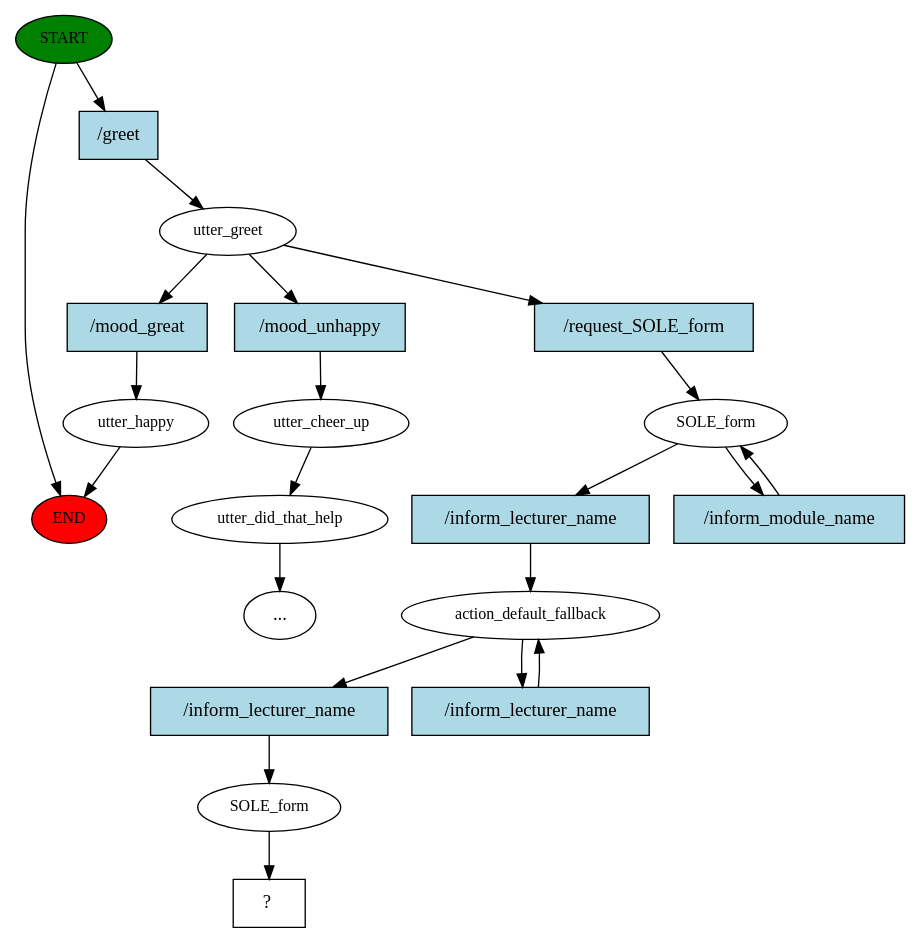
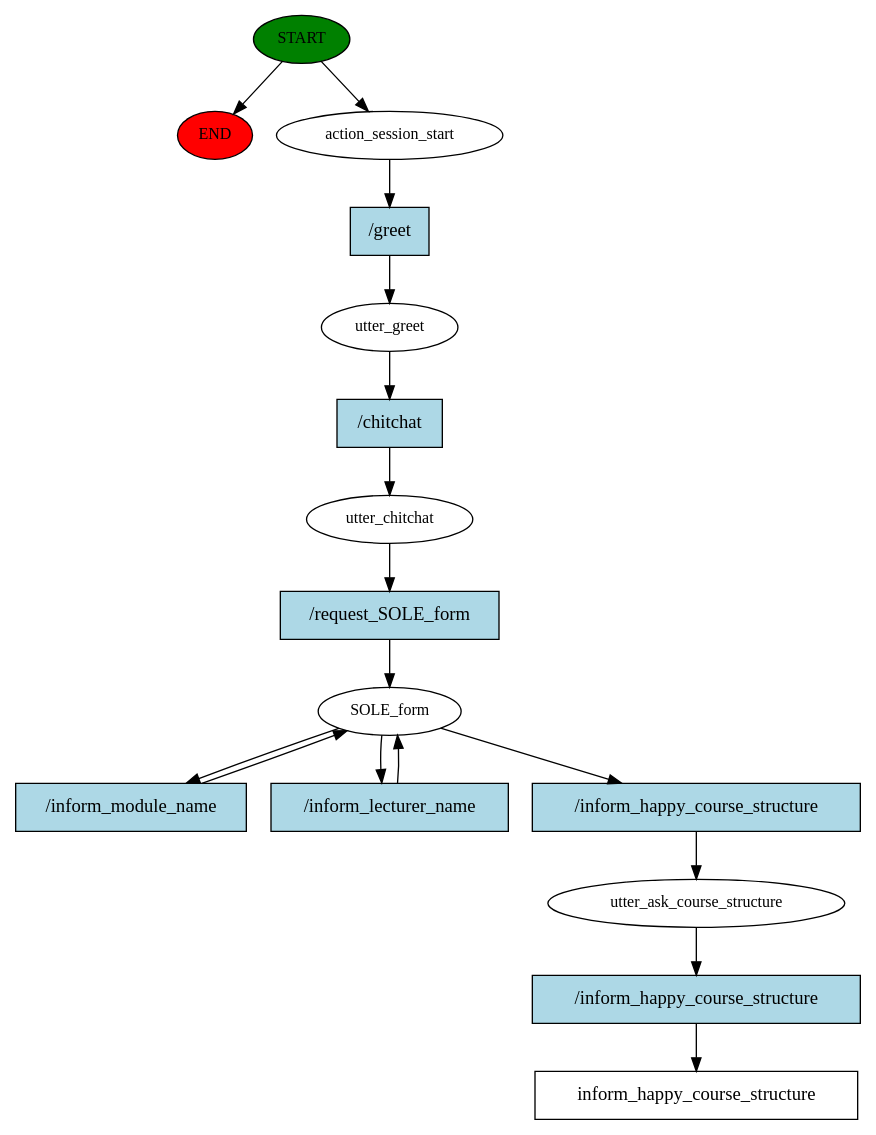
The diagram in FYP/story_graph.dot (hkl19/Rasa-Surveybot1), drawn with Graphviz before and after one commit. The commit also changed 39 other files, not shown here.

```diff
--- a/FYP/story_graph.dot
+++ b/FYP/story_graph.dot
@@ -1,42 +1,33 @@
 digraph  {
 0 [class="start active", fillcolor=green, fontsize=12, label=START, style=filled];
 "-1" [class=end, fillcolor=red, fontsize=12, label=END, style=filled];
-1 [class=active, fontsize=12, label=utter_greet];
-2 [class="", fontsize=12, label=utter_happy];
-4 [class="", fontsize=12, label=utter_cheer_up];
-5 [class="", fontsize=12, label=utter_did_that_help];
-"-4" [class=ellipsis, label="..."];
-10 [class=active, fontsize=12, label=SOLE_form];
-12 [class=active, fontsize=12, label=action_default_fallback];
-14 [class=active, fontsize=12, label=SOLE_form];
-15 [class="intent dashed active", label="  ?  ", shape=rect];
-16 [class="intent active", fillcolor=lightblue, label="/greet", shape=rect, style=filled];
-17 [class=intent, fillcolor=lightblue, label="/mood_great", shape=rect, style=filled];
-18 [class=intent, fillcolor=lightblue, label="/mood_unhappy", shape=rect, style=filled];
-19 [class="intent active", fillcolor=lightblue, label="/request_SOLE_form", shape=rect, style=filled];
-20 [class="intent active", fillcolor=lightblue, label="/inform_lecturer_name", shape=rect, style=filled];
-21 [class="intent active", fillcolor=lightblue, label="/inform_module_name", shape=rect, style=filled];
-22 [class="intent active", fillcolor=lightblue, label="/inform_lecturer_name", shape=rect, style=filled];
-23 [class="intent active", fillcolor=lightblue, label="/inform_lecturer_name", shape=rect, style=filled];
+1 [class=active, fontsize=12, label=action_session_start];
+2 [class=active, fontsize=12, label=utter_greet];
+3 [class=active, fontsize=12, label=utter_chitchat];
+4 [class=active, fontsize=12, label=SOLE_form];
+7 [class=active, fontsize=12, label=utter_ask_course_structure];
+8 [class="intent dashed active", label=inform_happy_course_structure, shape=rect];
+9 [class="intent active", fillcolor=lightblue, label="/greet", shape=rect, style=filled];
+10 [class="intent active", fillcolor=lightblue, label="/chitchat", shape=rect, style=filled];
+11 [class="intent active", fillcolor=lightblue, label="/request_SOLE_form", shape=rect, style=filled];
+12 [class="intent active", fillcolor=lightblue, label="/inform_module_name", shape=rect, style=filled];
+13 [class="intent active", fillcolor=lightblue, label="/inform_lecturer_name", shape=rect, style=filled];
+14 [class="intent active", fillcolor=lightblue, label="/inform_happy_course_structure", shape=rect, style=filled];
+15 [class="intent active", fillcolor=lightblue, label="/inform_happy_course_structure", shape=rect, style=filled];
 0 -> "-1"  [class="", key=NONE, label=""];
-0 -> 16  [class=active, key=0];
-1 -> 17  [class="", key=0];
-1 -> 18  [class="", key=0];
-1 -> 19  [class=active, key=0];
-2 -> "-1"  [class="", key=NONE, label=""];
-4 -> 5  [class="", key=NONE, label=""];
-5 -> "-4"  [class="", key=NONE, label=""];
-10 -> 20  [class=active, key=0];
-10 -> 21  [class=active, key=0];
-12 -> 22  [class=active, key=0];
-12 -> 23  [class=active, key=0];
-14 -> 15  [class=active, key=NONE, label=""];
-16 -> 1  [class=active, key=0];
-17 -> 2  [class="", key=0];
-18 -> 4  [class="", key=0];
-19 -> 10  [class=active, key=0];
-20 -> 12  [class=active, key=0];
-21 -> 10  [class=active, key=0];
-22 -> 14  [class=active, key=0];
-23 -> 12  [class=active, key=0];
+0 -> 1  [class=active, key=NONE, label=""];
+1 -> 9  [class=active, key=0];
+2 -> 10  [class=active, key=0];
+3 -> 11  [class=active, key=0];
+4 -> 12  [class=active, key=0];
+4 -> 13  [class=active, key=0];
+4 -> 14  [class=active, key=0];
+7 -> 15  [class=active, key=0];
+9 -> 2  [class=active, key=0];
+10 -> 3  [class=active, key=0];
+11 -> 4  [class=active, key=0];
+12 -> 4  [class=active, key=0];
+13 -> 4  [class=active, key=0];
+14 -> 7  [class=active, key=0];
+15 -> 8  [class=active, key=0];
 }
```
